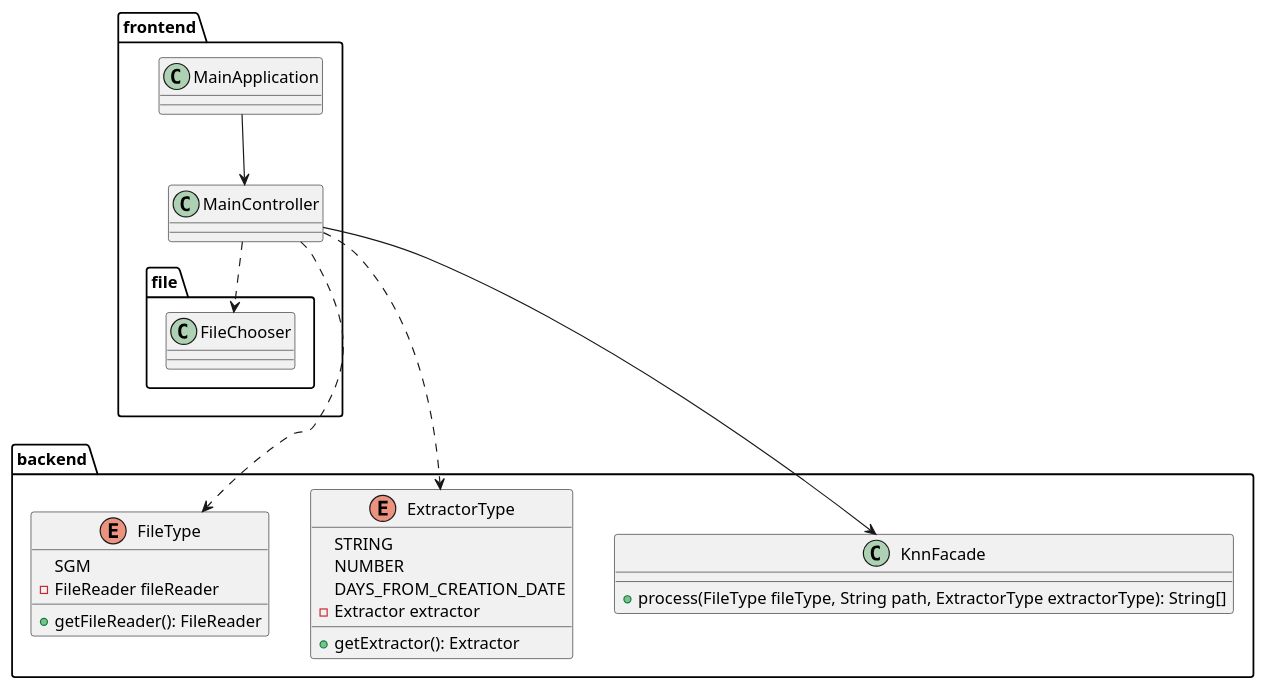
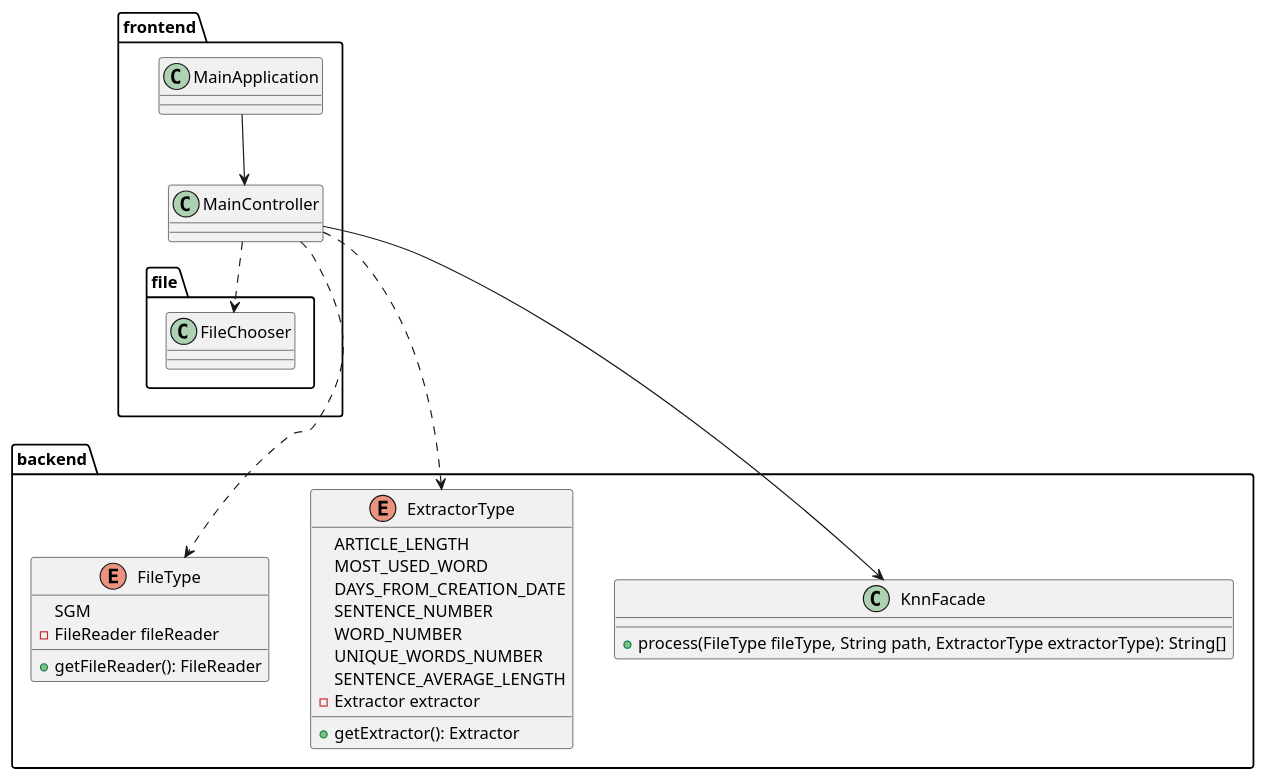
The first of 2 diagrams in README.md (kambed/Computer-Recognition-Systems), drawn with PlantUML before and after one commit. The commit also changed other lines of this file, not shown here.

````diff
--- a/README.md
+++ b/README.md
@@ -3,31 +3,35 @@
 ```plantuml
 package frontend {
     class MainApplication
     class MainController
     package file {
         class FileChooser
     }
     MainController ..> FileChooser
     MainApplication --> MainController
 }
 package backend {
     enum FileType {
         SGM
         - FileReader fileReader
         + getFileReader(): FileReader
     }
     enum ExtractorType {
-        STRING
-        NUMBER
+        ARTICLE_LENGTH
+        MOST_USED_WORD
         DAYS_FROM_CREATION_DATE
+        SENTENCE_NUMBER
+        WORD_NUMBER
+        UNIQUE_WORDS_NUMBER
+        SENTENCE_AVERAGE_LENGTH
         - Extractor extractor
         + getExtractor(): Extractor
     }
     class KnnFacade {
         + process(FileType fileType, String path, ExtractorType extractorType): String[]
     }
 }
 MainController ---> KnnFacade
 MainController ..> FileType
 MainController ..> ExtractorType
 ```
````
